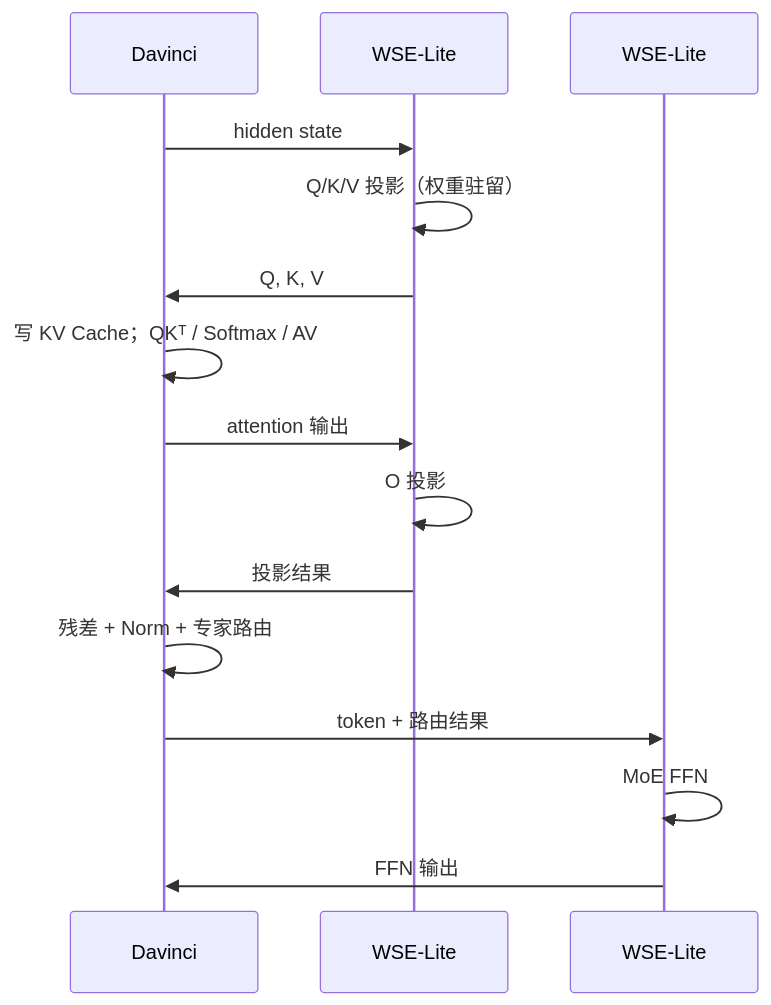
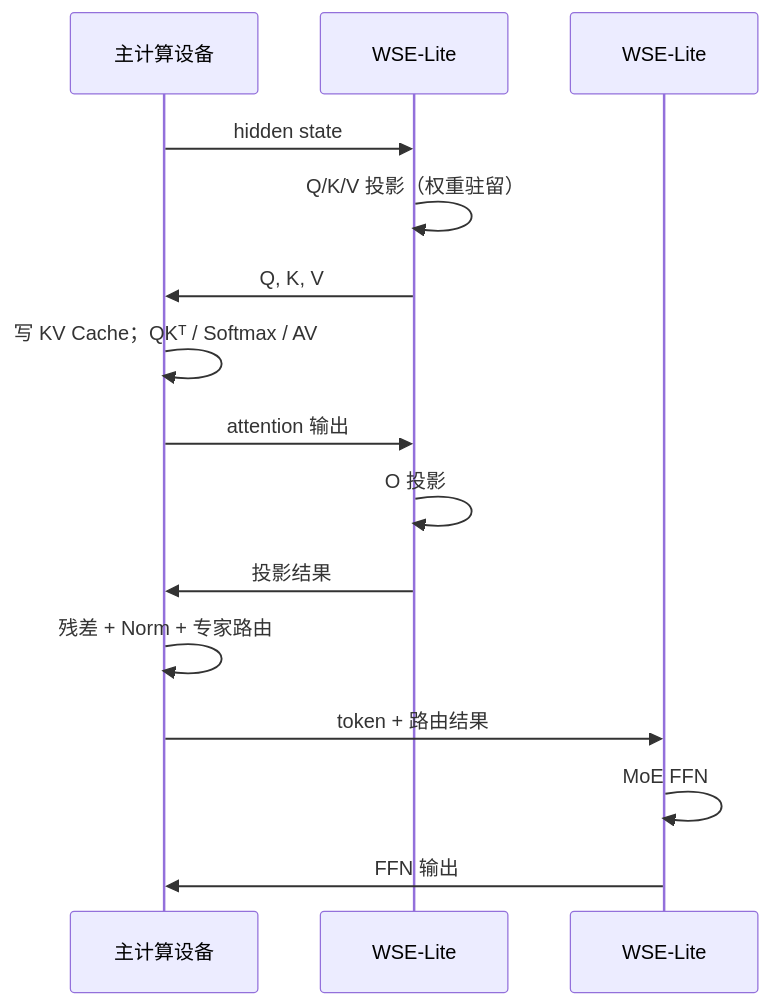
One commit to PTO-ISA/wse-model changed diagram 12 of 12 in docs/design/wse-system-architecture-whitepaper.md. Above: the diagram before and after it, drawn with Mermaid. The commit also changed other lines of this file and 9 other files, not shown here.

````diff
--- a/docs/design/wse-system-architecture-whitepaper.md
+++ b/docs/design/wse-system-architecture-whitepaper.md
@@ -899,17 +899,17 @@
 ```mermaid
 sequenceDiagram
-  participant D as Davinci
+  participant D as 主计算设备
   participant W2 as WSE-Lite #2
   participant W1 as WSE-Lite #1
   D->>W2: hidden state
   W2->>W2: Q/K/V 投影（权重驻留）
   W2->>D: Q, K, V
   D->>D: 写 KV Cache；QKᵀ / Softmax / AV
   D->>W2: attention 输出
   W2->>W2: O 投影
   W2->>D: 投影结果
   D->>D: 残差 + Norm + 专家路由
   D->>W1: token + 路由结果
   W1->>W1: MoE FFN
   W1->>D: FFN 输出
 ```
````
